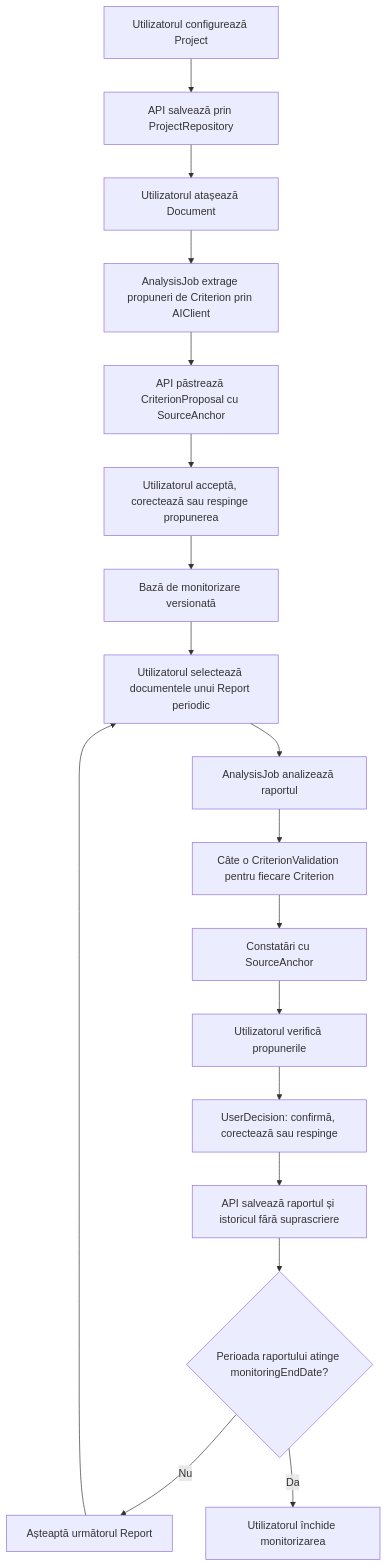
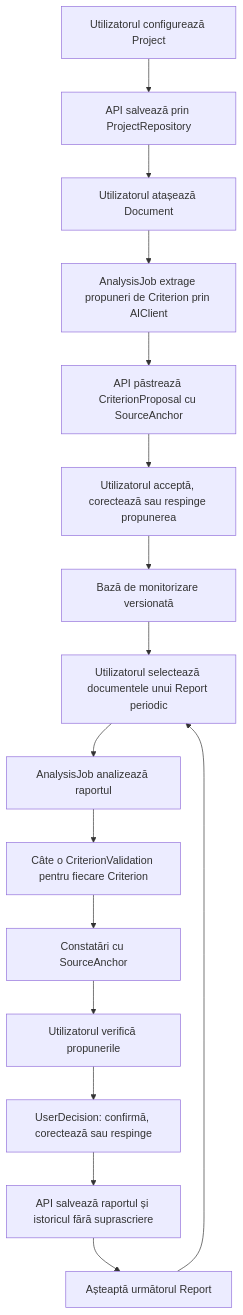
Before and after one commit to lupumihnea/chiatraton-adr-nord-est: the diagram in docs/workflow.md, drawn with Mermaid. The commit also changed other lines of this file and 26 other files, not shown here.

````diff
--- a/docs/workflow.md
+++ b/docs/workflow.md
@@ -9,20 +9,18 @@
 ```mermaid
 flowchart TD
     U1[Utilizatorul configurează Project] --> A1[API salvează prin ProjectRepository]
     A1 --> U2[Utilizatorul atașează Document]
     U2 --> J1[AnalysisJob extrage propuneri de Criterion prin AIClient]
     J1 --> P1[API păstrează CriterionProposal cu SourceAnchor]
     P1 --> U3[Utilizatorul acceptă, corectează sau respinge propunerea]
     U3 --> B1[Bază de monitorizare versionată]
     B1 --> U4[Utilizatorul selectează documentele unui Report periodic]
     U4 --> J2[AnalysisJob analizează raportul]
     J2 --> V1[Câte o CriterionValidation pentru fiecare Criterion]
     V1 --> S1[Constatări cu SourceAnchor]
     S1 --> U5[Utilizatorul verifică propunerile]
     U5 --> D1[UserDecision: confirmă, corectează sau respinge]
     D1 --> H1[API salvează raportul și istoricul fără suprascriere]
-    H1 --> E{Perioada raportului atinge monitoringEndDate?}
-    E -- Nu --> W[Așteaptă următorul Report]
+    H1 --> W[Așteaptă următorul Report]
     W --> U4
-    E -- Da --> C[Utilizatorul închide monitorizarea]
 ```
````
